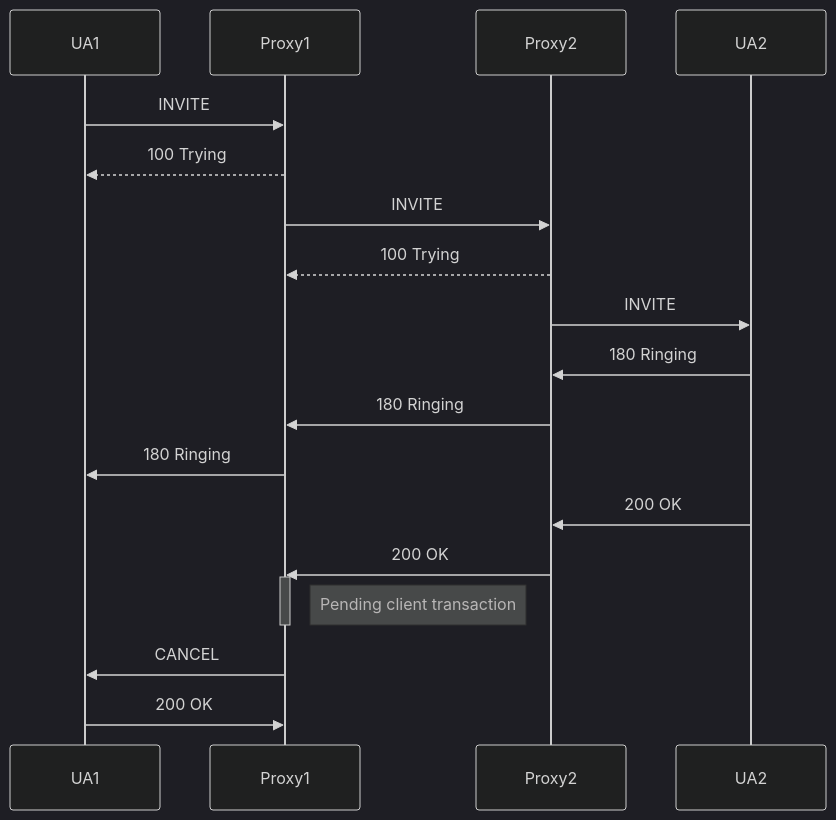
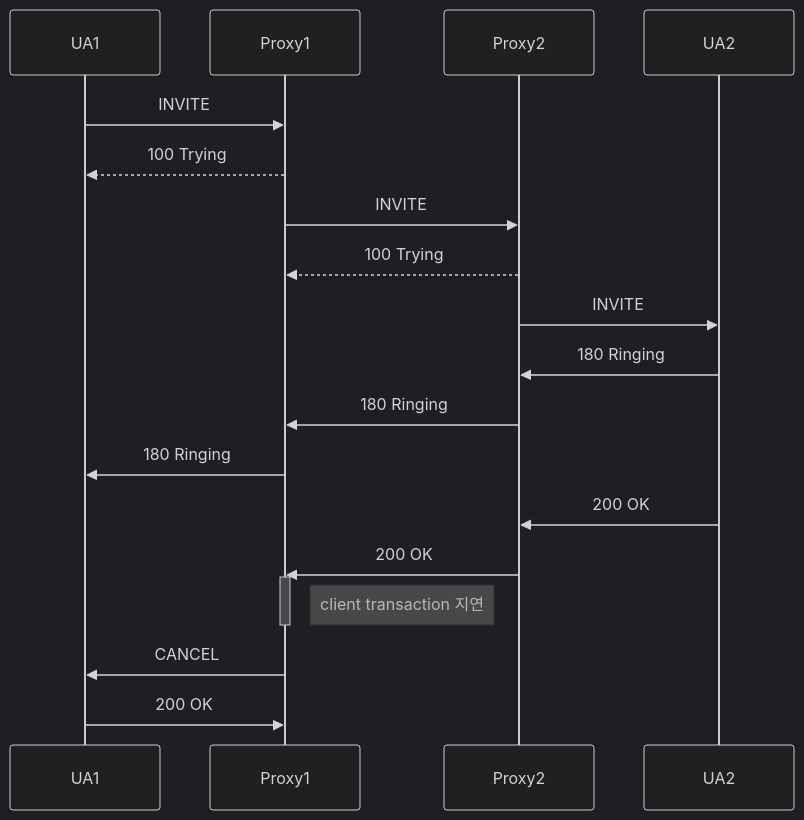
The diagram in proxy_cancel.mmd (byung-u/TeleCommunicationDocs), drawn with Mermaid (dark theme) before and after one commit. The commit also changed 7 other files, not shown here.

```diff
--- a/proxy_cancel.mmd
+++ b/proxy_cancel.mmd
@@ -1,17 +1,17 @@
 %% Sequence diagram code
 sequenceDiagram
     UA1 ->> Proxy1: INVITE
     Proxy1 -->> UA1: 100 Trying
     Proxy1 ->> Proxy2: INVITE
     Proxy2 -->> Proxy1: 100 Trying
     Proxy2 ->> UA2: INVITE
     UA2 ->> Proxy2: 180 Ringing
     Proxy2 ->> Proxy1: 180 Ringing
     Proxy1 ->> UA1: 180 Ringing
     UA2 ->> Proxy2: 200 OK
     Proxy2 ->> Proxy1: 200 OK
     activate Proxy1
-    Note right of Proxy1: Pending client transaction
+    Note right of Proxy1: client transaction 지연
     deactivate Proxy1
     Proxy1 ->> UA1: CANCEL
     UA1 ->> Proxy1: 200 OK
```
